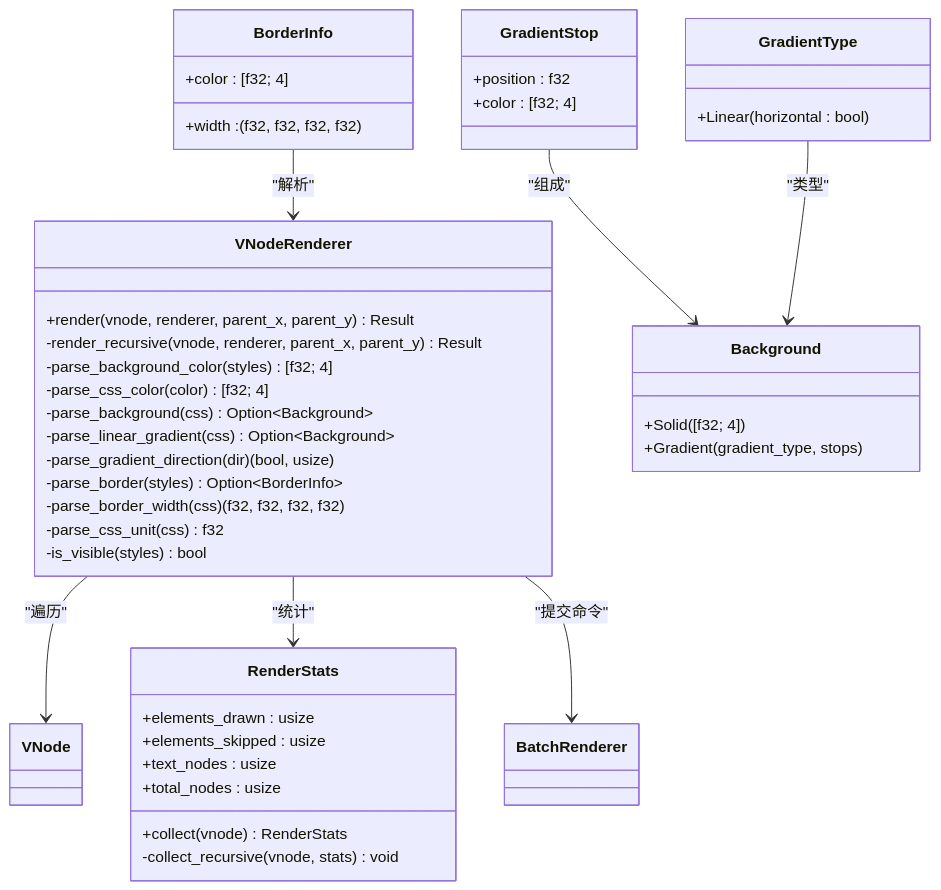
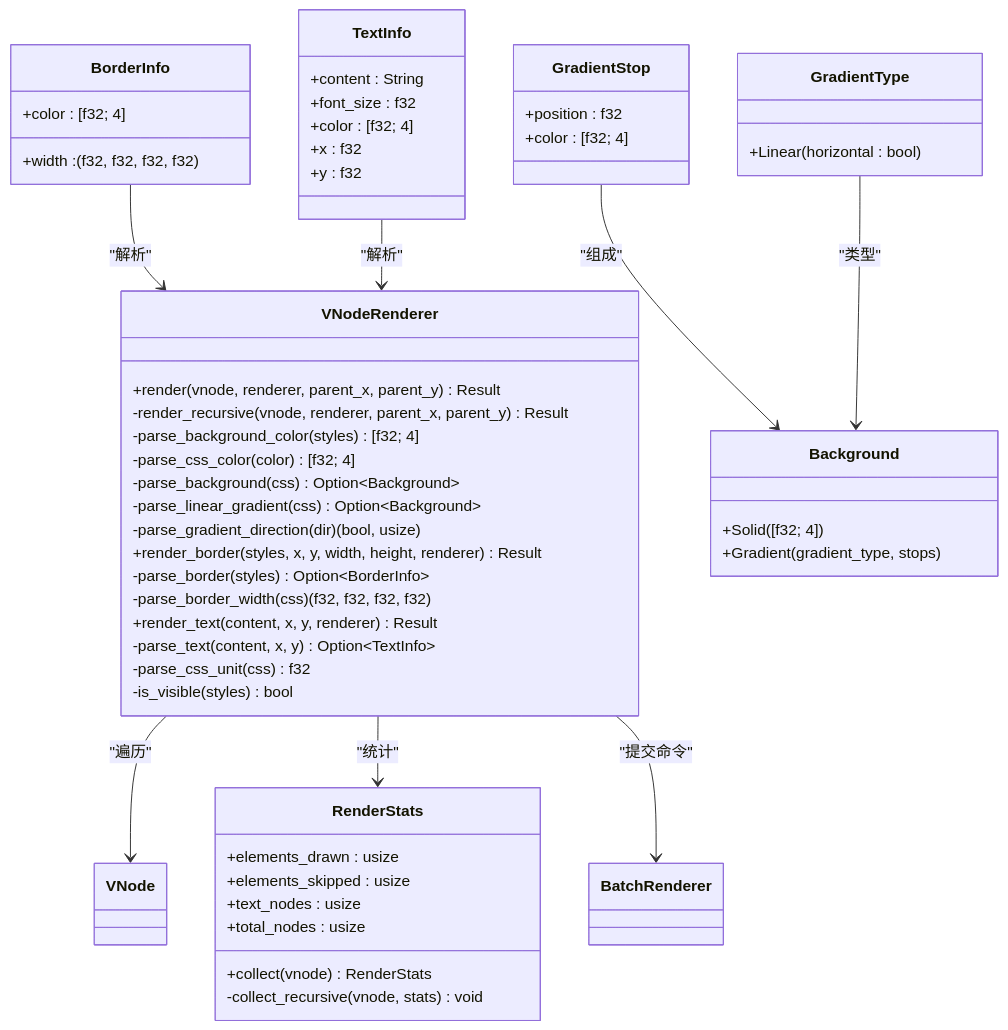
The third of 11 diagrams in .qoder/repowiki/zh/content/技术架构详解/WebGPU渲染引擎/VNode GPU渲染器模块.md (itszzl-sudo/iris), drawn with Mermaid before and after one commit. The commit also changed other lines of this file and 4 other files, not shown here.

````diff
--- a/.qoder/repowiki/zh/content/技术架构详解/WebGPU渲染引擎/VNode GPU渲染器模块.md
+++ b/.qoder/repowiki/zh/content/技术架构详解/WebGPU渲染引擎/VNode GPU渲染器模块.md
@@ -165,45 +169,56 @@
 ```mermaid
 classDiagram
 class VNodeRenderer {
 +render(vnode, renderer, parent_x, parent_y) Result
 -render_recursive(vnode, renderer, parent_x, parent_y) Result
 -parse_background_color(styles) [f32; 4]
 -parse_css_color(color) [f32; 4]
 -parse_background(css) Option~Background~
 -parse_linear_gradient(css) Option~Background~
 -parse_gradient_direction(dir) (bool, usize)
++render_border(styles, x, y, width, height, renderer) Result
 -parse_border(styles) Option~BorderInfo~
 -parse_border_width(css) (f32, f32, f32, f32)
++render_text(content, x, y, renderer) Result
+-parse_text(content, x, y) Option~TextInfo~
 -parse_css_unit(css) f32
 -is_visible(styles) bool
 }
 class RenderStats {
 +elements_drawn : usize
 +elements_skipped : usize
 +text_nodes : usize
 +total_nodes : usize
 +collect(vnode) RenderStats
 -collect_recursive(vnode, stats) void
+}
+class BorderInfo {
++width : (f32, f32, f32, f32)
++color : [f32; 4]
+}
+class TextInfo {
++content : String
++font_size : f32
++color : [f32; 4]
++x : f32
++y : f32
 }
 class GradientStop {
 +position : f32
 +color : [f32; 4]
 }
 class GradientType {
 +Linear(horizontal : bool)
 }
 class Background {
 +Solid([f32; 4])
 +Gradient(gradient_type, stops)
 }
-class BorderInfo {
-+width : (f32, f32, f32, f32)
-+color : [f32; 4]
-}
 VNodeRenderer --> VNode : "遍历"
 VNodeRenderer --> RenderStats : "统计"
 VNodeRenderer --> BatchRenderer : "提交命令"
+BorderInfo --> VNodeRenderer : "解析"
+TextInfo --> VNodeRenderer : "解析"
 GradientStop --> Background : "组成"
 GradientType --> Background : "类型"
-BorderInfo --> VNodeRenderer : "解析"
 ```
````
